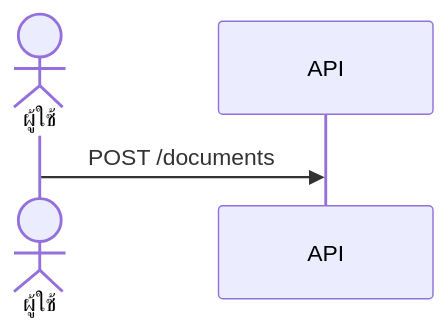
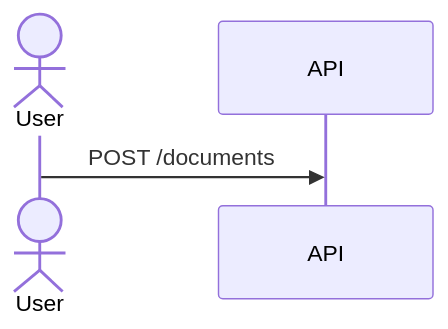
The fourth of 4 diagrams in skills/design-kit/assets/project/ux-spec.md (KPV2004/design-kit), drawn with Mermaid before and after one commit. The commit also changed other lines of this file and 14 other files, not shown here.

````diff
--- a/skills/design-kit/assets/project/ux-spec.md
+++ b/skills/design-kit/assets/project/ux-spec.md
@@ -45,6 +74,6 @@
 ```mermaid
 sequenceDiagram
-  actor U as ผู้ใช้
+  actor U as User
   participant API
   U->>API: POST /documents
 ```
````
